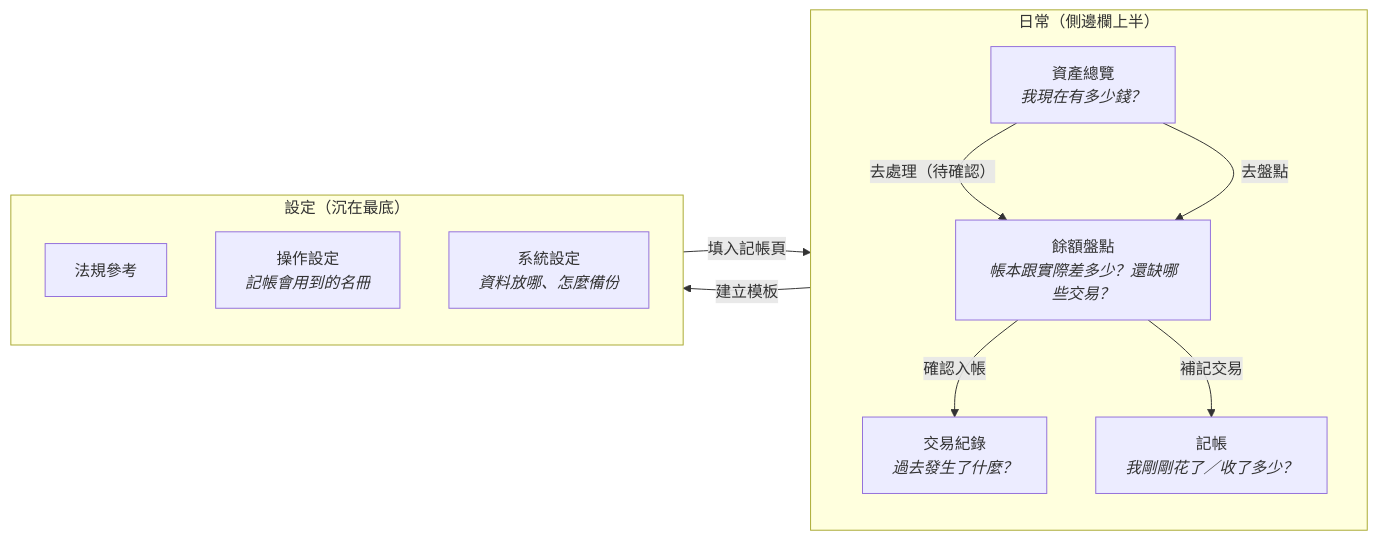
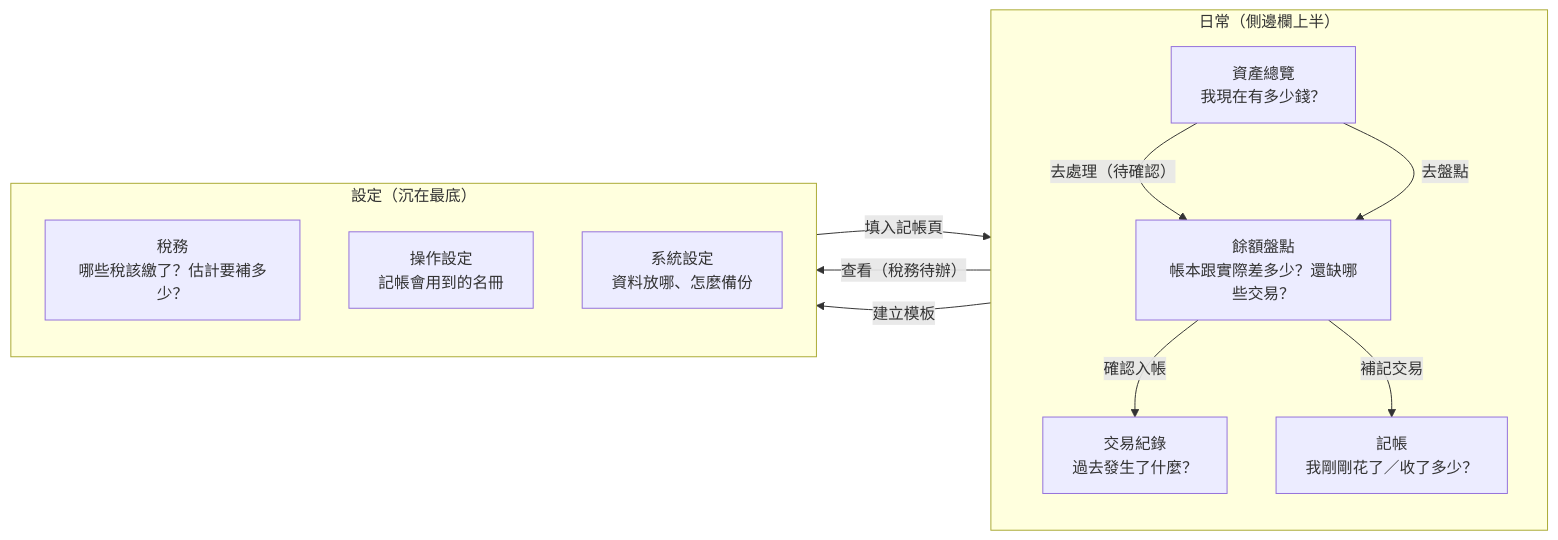
The first of 3 diagrams in docs/architecture/ui-workflows.md (SpringRain555/tagcor-ledger), drawn with Mermaid before and after one commit. The commit also changed 8 other files, not shown here.

First line of the commit message:
docs(tax): 架構圖補上稅務 —— 頁面地圖、資料模型、提醒狀態圖；拿掉圖裡被印成字的 <i>

````diff
--- a/docs/architecture/ui-workflows.md
+++ b/docs/architecture/ui-workflows.md
@@ -26,22 +26,23 @@
 ```mermaid
 flowchart LR
     subgraph 日常["日常（側邊欄上半）"]
         direction TB
-        A["資產總覽<br/><i>我現在有多少錢？</i>"]
-        B["記帳<br/><i>我剛剛花了／收了多少？</i>"]
-        D["交易紀錄<br/><i>過去發生了什麼？</i>"]
-        E["餘額盤點<br/><i>帳本跟實際差多少？還缺哪些交易？</i>"]
+        A["資產總覽<br/>我現在有多少錢？"]
+        B["記帳<br/>我剛剛花了／收了多少？"]
+        D["交易紀錄<br/>過去發生了什麼？"]
+        E["餘額盤點<br/>帳本跟實際差多少？還缺哪些交易？"]
     end
     subgraph 設定["設定（沉在最底）"]
         direction TB
-        F["法規參考"]
-        G["操作設定<br/><i>記帳會用到的名冊</i>"]
-        H["系統設定<br/><i>資料放哪、怎麼備份</i>"]
+        F["稅務<br/>哪些稅該繳了？估計要補多少？"]
+        G["操作設定<br/>記帳會用到的名冊"]
+        H["系統設定<br/>資料放哪、怎麼備份"]
     end
     A -->|去處理（待確認）| E
     A -->|去盤點| E
+    A -->|查看（稅務待辦）| F
     E -->|確認入帳| D
     D -->|建立模板| G
     E -->|補記交易| B
     G -->|填入記帳頁| B
 ```
````
